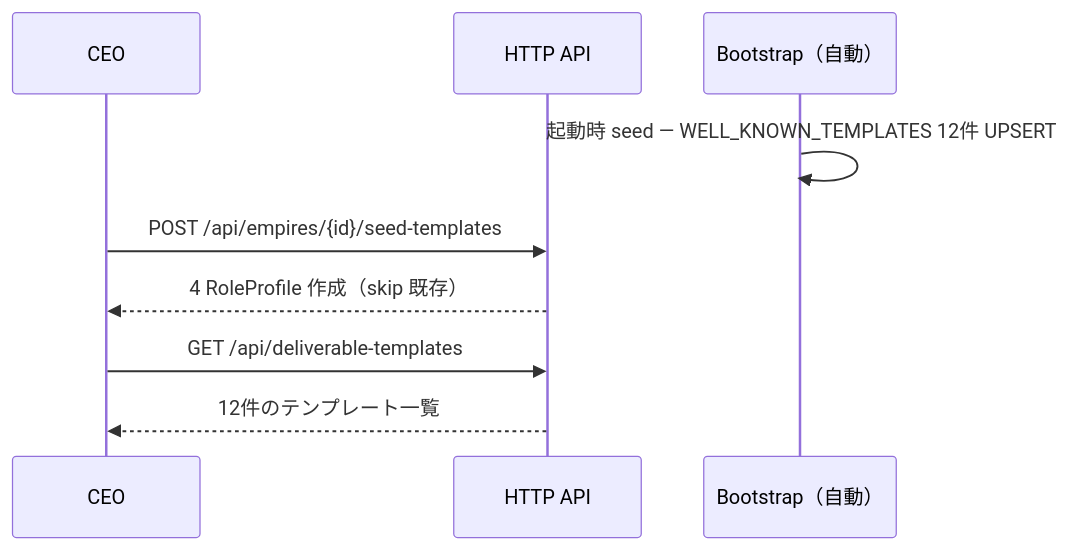
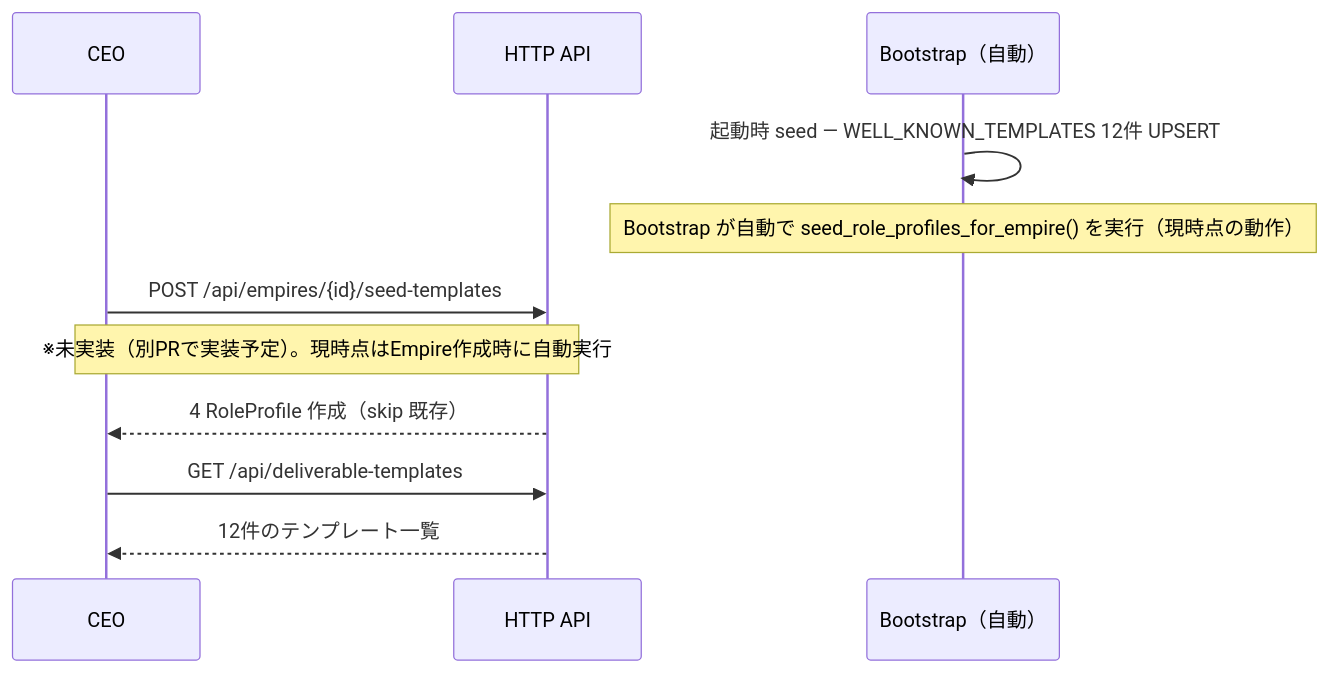
Before and after one commit to bakufu-dev/bakufu: the second of 3 diagrams in docs/design/deliverable-template/usage-guide.md, drawn with Mermaid.

Commit message:
fix(#125): usage-guide.md §2.1 シーケンス図に未実装エンドポイント注記を追加
POST /api/empires/{id}/seed-templates が別PR実装予定であることを明記。
現時点はBootstrap起動時の自動実行である点を注釈として凍結。

````diff
--- a/docs/design/deliverable-template/usage-guide.md
+++ b/docs/design/deliverable-template/usage-guide.md
@@ -64,12 +64,14 @@
 ```mermaid
 sequenceDiagram
     participant CEO
     participant API as HTTP API
     participant Boot as Bootstrap（自動）
 
     Boot->>Boot: 起動時 seed — WELL_KNOWN_TEMPLATES 12件 UPSERT
+    Note over Boot: Bootstrap が自動で seed_role_profiles_for_empire() を実行（現時点の動作）
     CEO->>API: POST /api/empires/{id}/seed-templates
+    Note over CEO,API: ※未実装（別PRで実装予定）。現時点はEmpire作成時に自動実行
     API-->>CEO: 4 RoleProfile 作成（skip 既存）
     CEO->>API: GET /api/deliverable-templates
     API-->>CEO: 12件のテンプレート一覧
 ```
````
